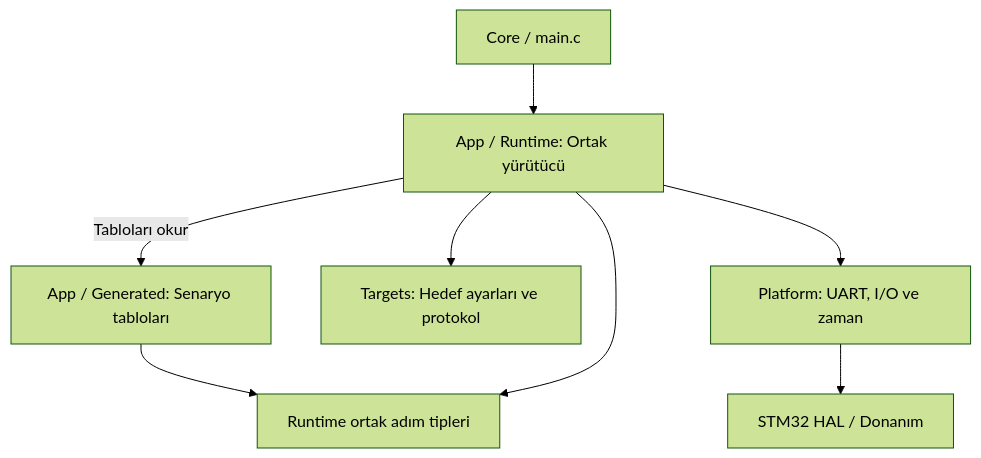
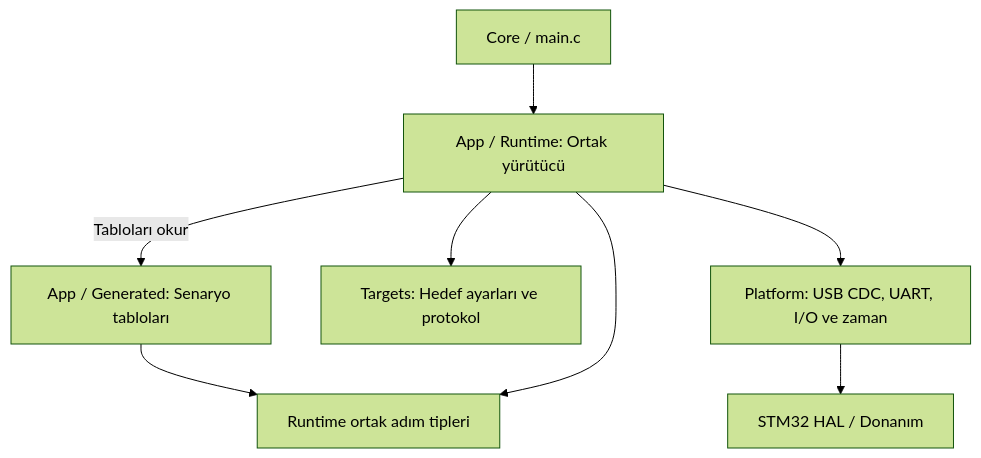
Before and after one commit to EmreBoztepe/mini-Hil: the diagram in docs/STM32_YAZILIM_MIMARISI.md, drawn with Mermaid (forest theme). The commit also changed other lines of this file and 46 other files, not shown here.

Commit message:
Add USB CDC platform transport and binary echo validation

````diff
--- a/docs/STM32_YAZILIM_MIMARISI.md
+++ b/docs/STM32_YAZILIM_MIMARISI.md
@@ -98,10 +101,10 @@
 ```mermaid
 flowchart TB
     C["Core / main.c"] --> R["App / Runtime: Ortak yürütücü"]
     G["App / Generated: Senaryo tabloları"] --> D["Runtime ortak adım tipleri"]
     R -->|"Tabloları okur"| G
     R --> D
     R --> T["Targets: Hedef ayarları ve protokol"]
-    R --> P["Platform: UART, I/O ve zaman"]
+    R --> P["Platform: USB CDC, UART, I/O ve zaman"]
     P --> H["STM32 HAL / Donanım"]
 ```
````
